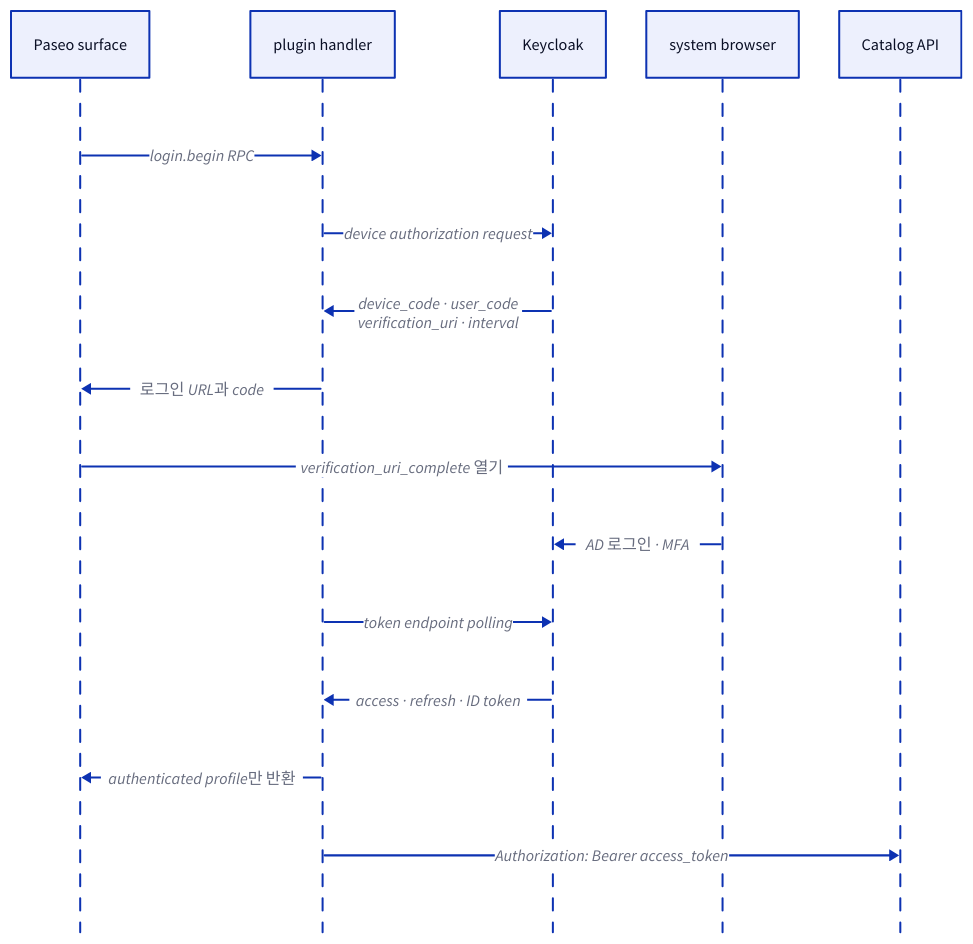
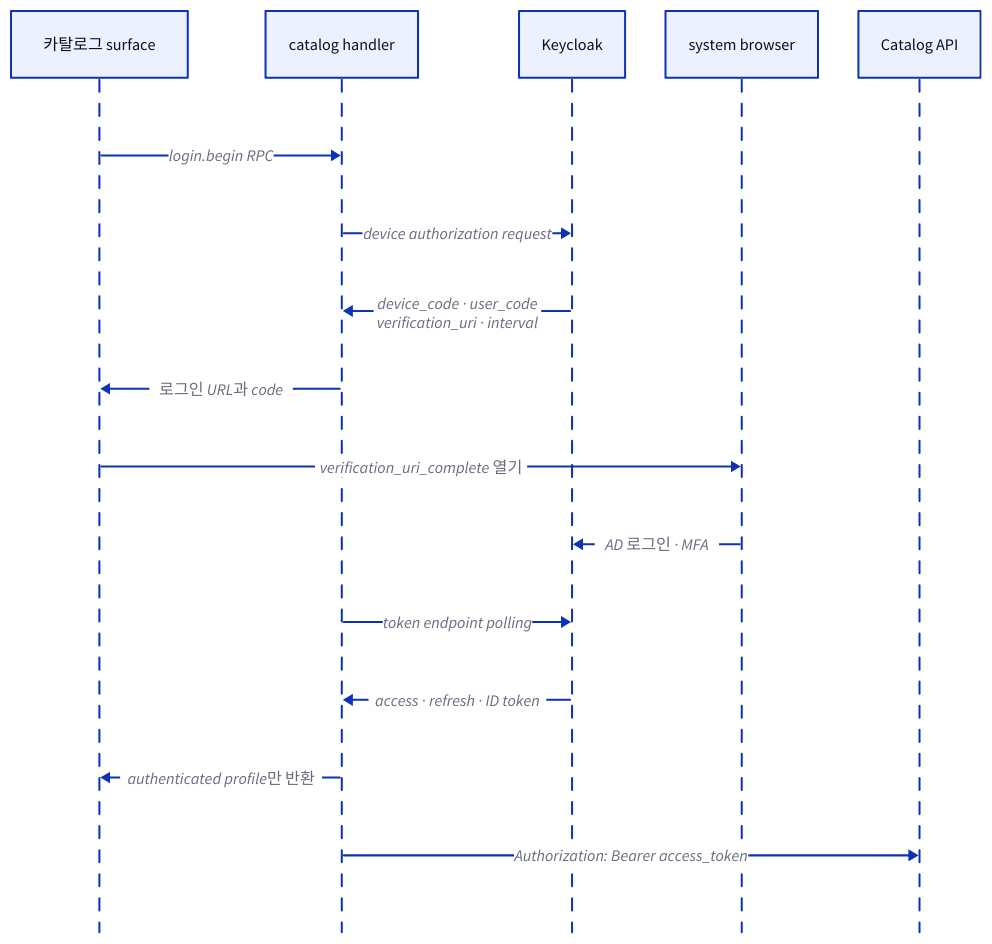
Before and after one commit to mechurak/study-starlight: the diagram in src/content/docs/paseo-enterprise/03-keycloak-login.mdx, drawn with D2. The commit also changed other lines of this file and 12 other files, not shown here.

````diff
--- a/src/content/docs/paseo-enterprise/03-keycloak-login.mdx
+++ b/src/content/docs/paseo-enterprise/03-keycloak-login.mdx
@@ -44,20 +44,20 @@
-```d2 layout=elk pad=40 title="Paseo plugin의 Keycloak Device Authorization Grant 로그인 순서"
+```d2 layout=elk pad=40 title="사내 빌드의 Keycloak Device Authorization Grant 로그인 순서"
 shape: sequence_diagram
 
-surface: "Paseo surface"
-handler: "plugin handler"
+surface: "카탈로그 surface"
+handler: "catalog handler"
 keycloak: "Keycloak"
 browser: "system browser"
 api: "Catalog API"
 
 surface -> handler: "login.begin RPC"
 handler -> keycloak: "device authorization request"
 keycloak -> handler: "device_code · user_code\nverification_uri · interval"
 handler -> surface: "로그인 URL과 code"
 surface -> browser: "verification_uri_complete 열기"
 browser -> keycloak: "AD 로그인 · MFA"
 handler -> keycloak: "token endpoint polling"
 keycloak -> handler: "access · refresh · ID token"
 handler -> surface: "authenticated profile만 반환"
 handler -> api: "Authorization: Bearer access_token"
 ```
````
